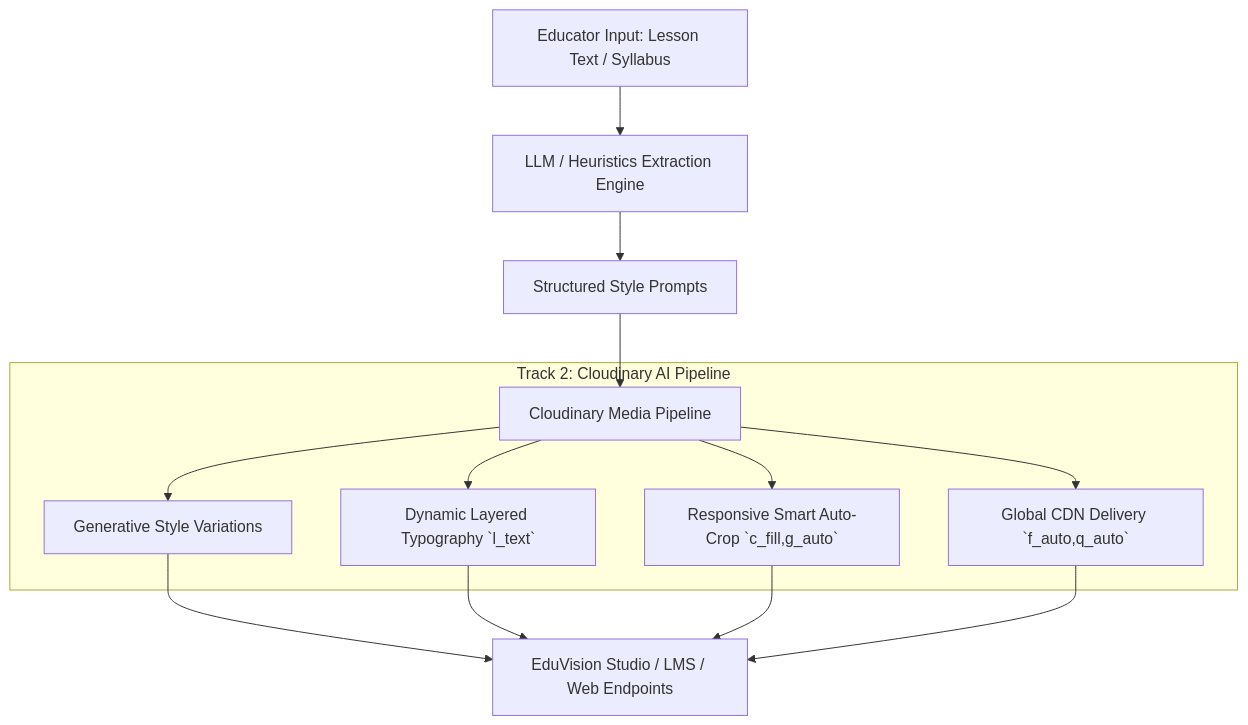
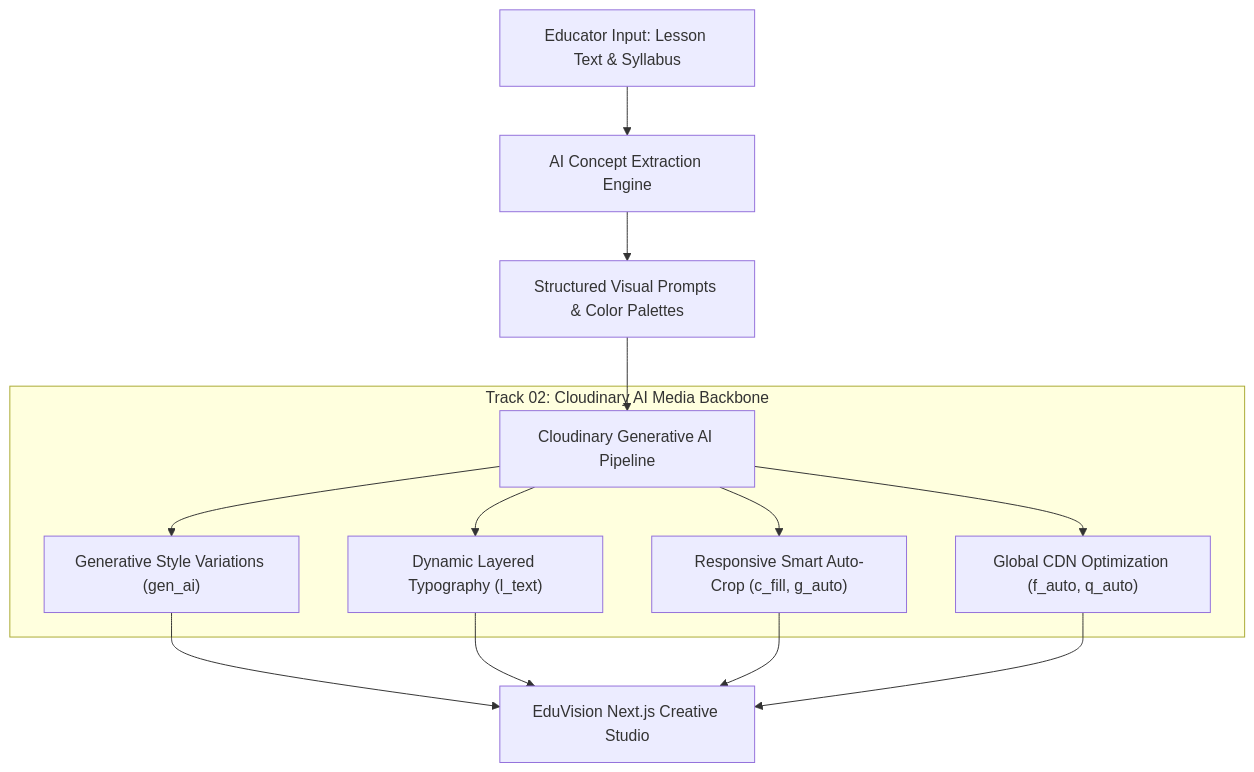
One commit to HackIndiaXYZ/pixels-to-products-cloudinary-ai-hackathon-2026-astraveda changed the diagram in README.md. Above: the diagram before and after it, drawn with Mermaid. The commit also changed other lines of this file and 1 other file, not shown here.

Commit message:
docs: update README and requirements.txt to reflect Next.js 14 AI Studio and FastAPI architecture

````diff
--- a/README.md
+++ b/README.md
@@ -37,18 +51,18 @@
 ```mermaid
 flowchart TD
-    A[Educator Input: Lesson Text / Syllabus] --> B[LLM / Heuristics Extraction Engine]
-    B --> C[Structured Style Prompts]
-    C --> D[Cloudinary Media Pipeline]
+    A["Educator Input: Lesson Text & Syllabus"] --> B["AI Concept Extraction Engine"]
+    B --> C["Structured Visual Prompts & Color Palettes"]
+    C --> D["Cloudinary Generative AI Pipeline"]
     
-    subgraph Cloudinary Workflow [Track 2: Cloudinary AI Pipeline]
-        D --> E1[Generative Style Variations]
-        D --> E2[Dynamic Layered Typography `l_text`]
-        D --> E3[Responsive Smart Auto-Crop `c_fill,g_auto`]
-        D --> E4[Global CDN Delivery `f_auto,q_auto`]
+    subgraph Cloudinary Pipeline [Track 02: Cloudinary AI Media Backbone]
+        D --> E1["Generative Style Variations (gen_ai)"]
+        D --> E2["Dynamic Layered Typography (l_text)"]
+        D --> E3["Responsive Smart Auto-Crop (c_fill, g_auto)"]
+        D --> E4["Global CDN Optimization (f_auto, q_auto)"]
     end
 
-    E1 --> F[EduVision Studio / LMS / Web Endpoints]
+    E1 --> F["EduVision Next.js Creative Studio"]
     E2 --> F
     E3 --> F
     E4 --> F
 ```
````
